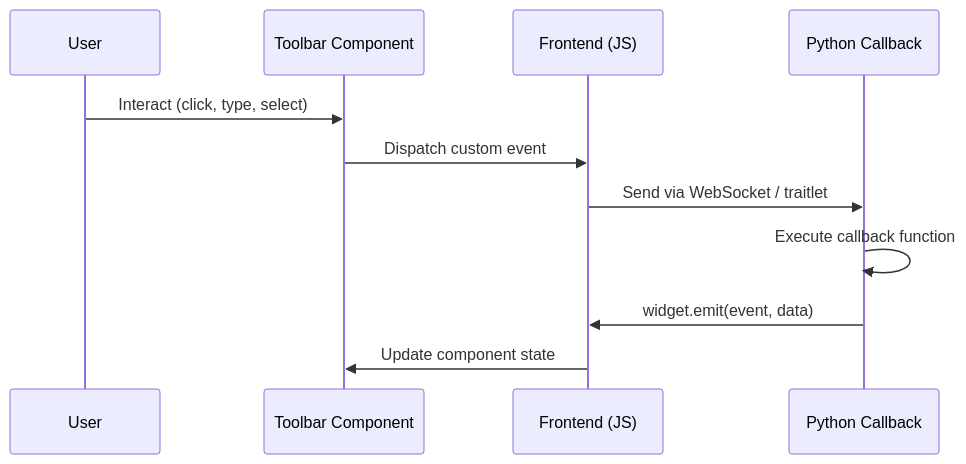
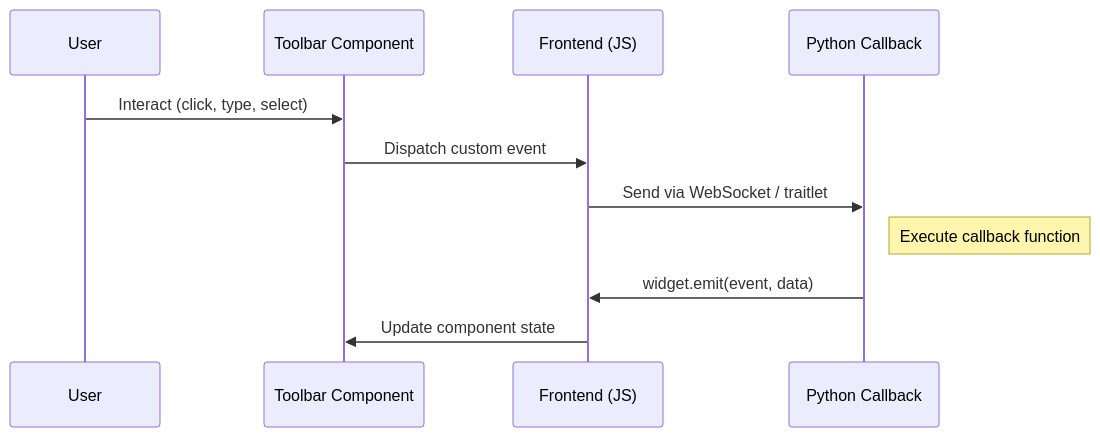
Before and after one commit to deeleeramone/PyWry: the diagram in pywry/docs/docs/guides/toolbars.md, drawn with Mermaid. The commit also changed 50 other files, not shown here.

````diff
--- a/pywry/docs/docs/guides/toolbars.md
+++ b/pywry/docs/docs/guides/toolbars.md
@@ -40,14 +40,14 @@
 ```mermaid
 sequenceDiagram
     participant User
     participant Component as Toolbar Component
     participant JS as Frontend (JS)
     participant PY as Python Callback
 
     User->>Component: Interact (click, type, select)
     Component->>JS: Dispatch custom event
     JS->>PY: Send via WebSocket / traitlet
-    PY->>PY: Execute callback function
+    Note right of PY: Execute callback function
     PY->>JS: widget.emit(event, data)
     JS->>Component: Update component state
 ```
````
